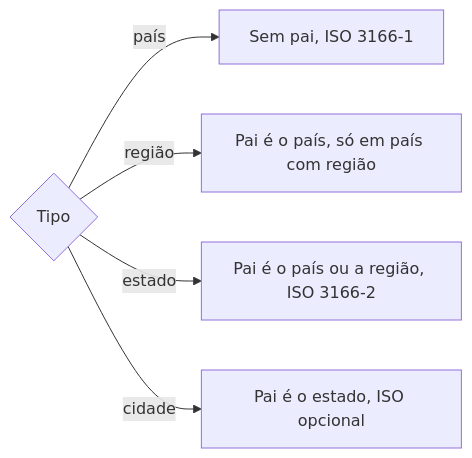
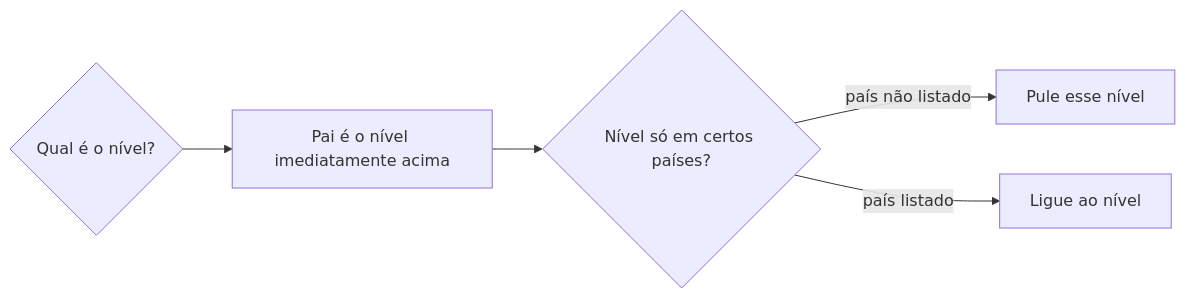
One commit to jimmyandrade/harness changed the diagram in .agents/skills/definir-localidade-geografica/SKILL.md. Above: the diagram before and after it, drawn with Mermaid. The commit also changed other lines of this file and 2 other files, not shown here.

````diff
--- a/.agents/skills/definir-localidade-geografica/SKILL.md
+++ b/.agents/skills/definir-localidade-geografica/SKILL.md
@@ -49,7 +53,7 @@
 ```mermaid
 flowchart LR
-  T{Tipo} -->|país| P[Sem pai, ISO 3166-1]
-  T -->|região| R[Pai é o país, só em país com região]
-  T -->|estado| E[Pai é o país ou a região, ISO 3166-2]
-  T -->|cidade| C[Pai é o estado, ISO opcional]
+  A{Qual é o nível?} --> B[Pai é o nível imediatamente acima]
+  B --> C{Nível só em certos países?}
+  C -->|país não listado| D[Pule esse nível]
+  C -->|país listado| E[Ligue ao nível]
 ```
````
